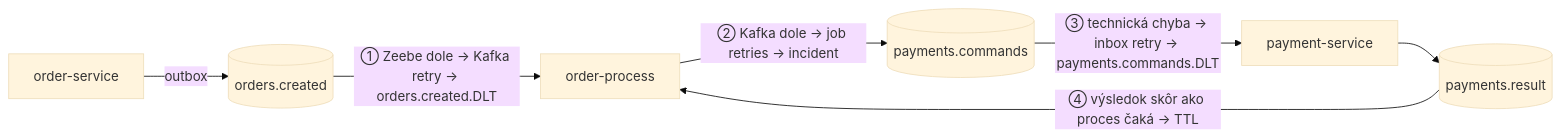
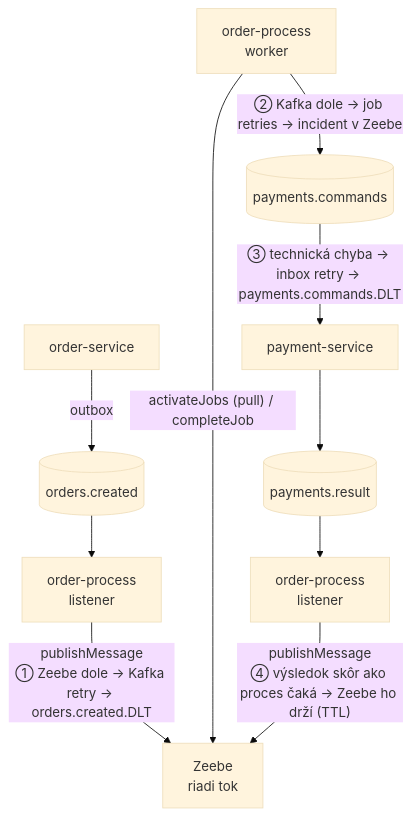
One commit to eriskooo/event-driven-demo changed the diagram in docs/poznamky/09_chybove_scenare.md. Above: the diagram before and after it, drawn with Mermaid (base theme). The commit also changed other lines of this file and 55 other files, not shown here.

First line of the commit message:
Condense README and clarify Camunda's role in diagrams

````diff
--- a/docs/poznamky/09_chybove_scenare.md
+++ b/docs/poznamky/09_chybove_scenare.md
@@ -16,9 +16,12 @@
 ```mermaid
-flowchart LR
+flowchart TB
     OS[order-service] -->|outbox| T1[(orders.created)]
-    T1 -->|"① Zeebe dole → Kafka retry → orders.created.DLT"| OP[order-process]
-    OP -->|"② Kafka dole → job retries → incident"| T2[(payments.commands)]
+    T1 --> L1["order-process<br/>listener"]
+    L1 -->|"publishMessage<br/>① Zeebe dole → Kafka retry → orders.created.DLT"| Z["Zeebe<br/>riadi tok"]
+    W["order-process<br/>worker"] -->|"activateJobs (pull) / completeJob"| Z
+    W -->|"② Kafka dole → job retries → incident v Zeebe"| T2[(payments.commands)]
     T2 -->|"③ technická chyba → inbox retry → payments.commands.DLT"| PS[payment-service]
     PS --> T3[(payments.result)]
-    T3 -->|"④ výsledok skôr ako proces čaká → TTL"| OP
+    T3 --> L2["order-process<br/>listener"]
+    L2 -->|"publishMessage<br/>④ výsledok skôr ako proces čaká → Zeebe ho drží (TTL)"| Z
 ```
````
